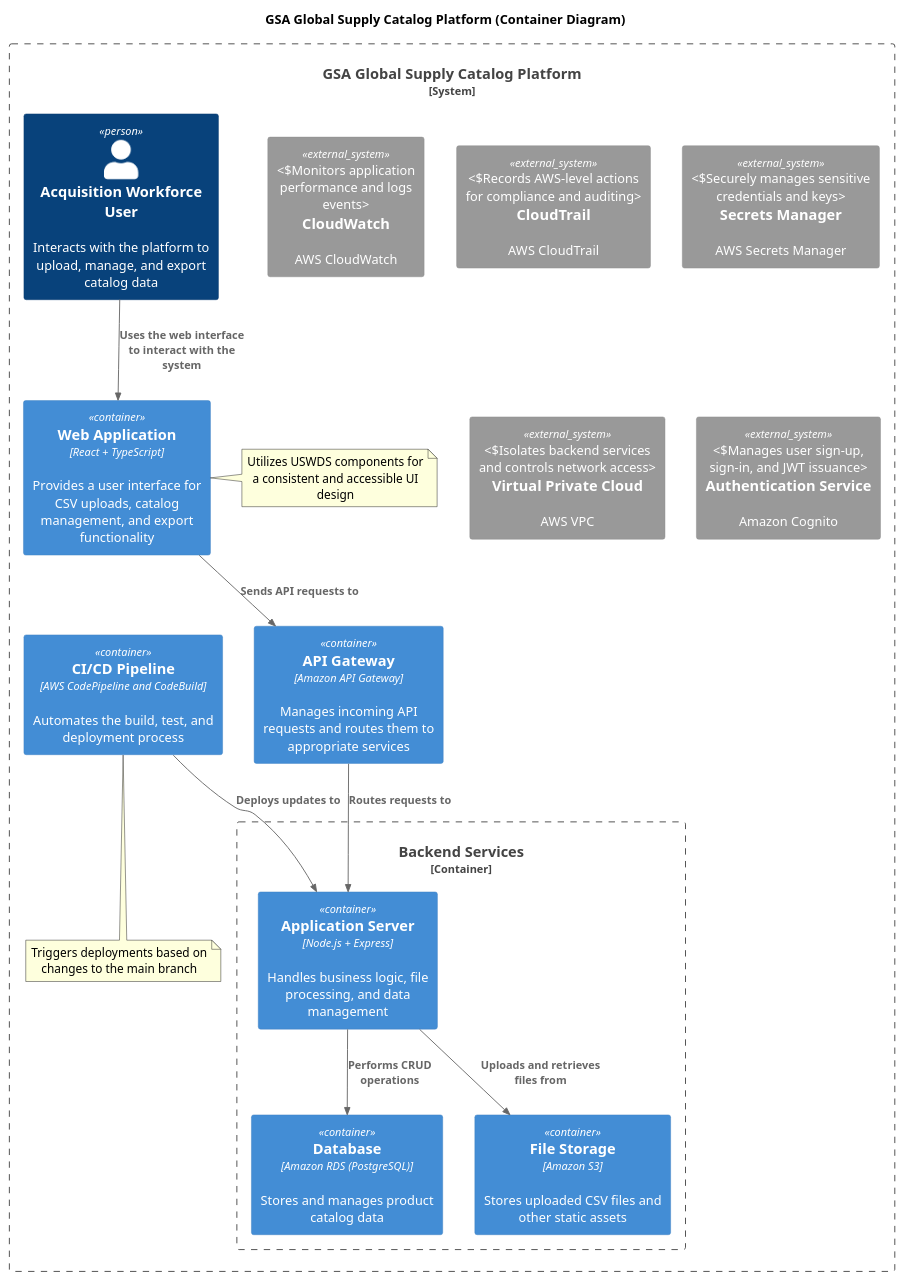
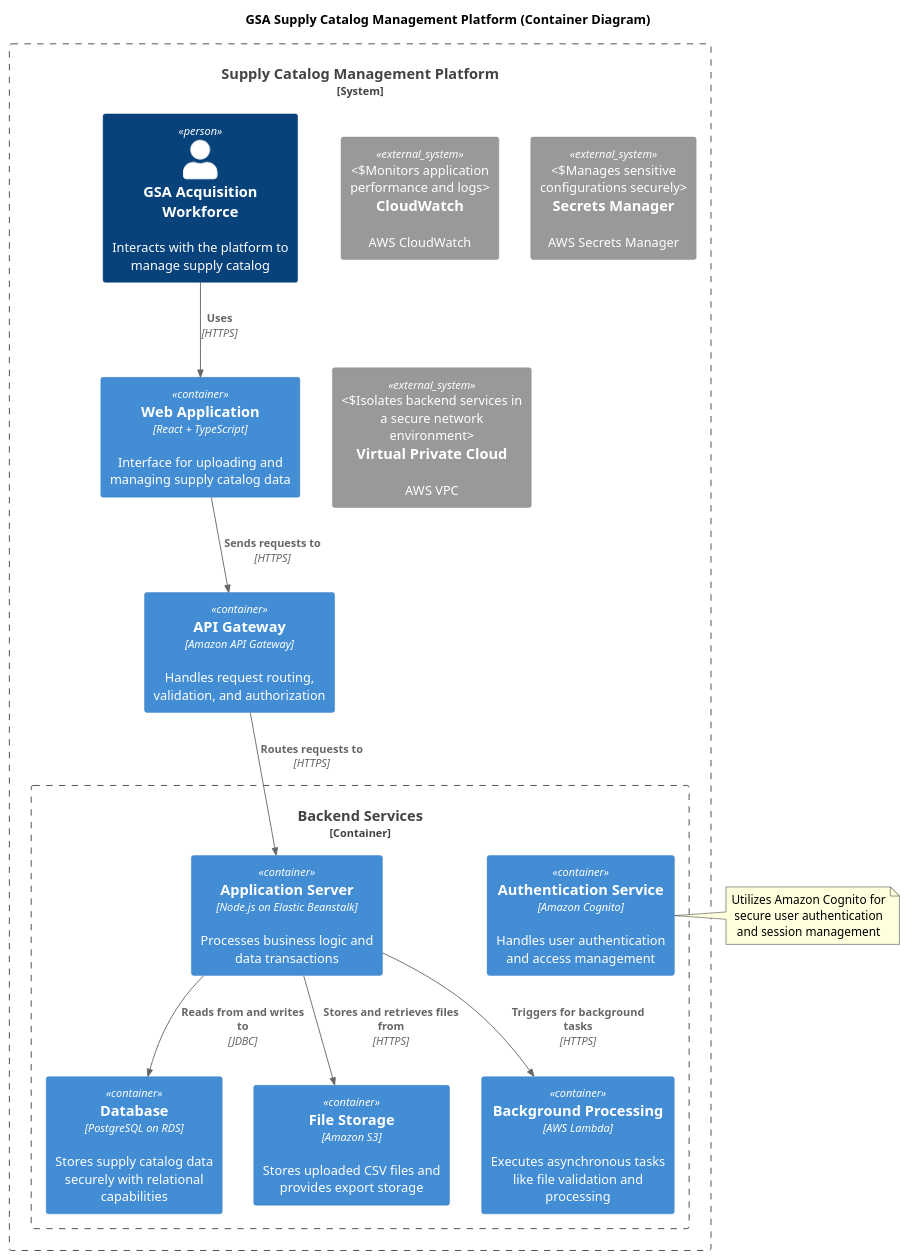
Before and after one commit to AathreyaG/reactai-starter: the diagram in solution.md, drawn with PlantUML. The commit also changed other lines of this file, not shown here.

````diff
--- a/solution.md
+++ b/solution.md
@@ -3,43 +1,51 @@
+```plantuml
 @startuml
 !includeurl https://raw.githubusercontent.com/plantuml-stdlib/C4-PlantUML/master/C4_Container.puml
 
-title GSA Global Supply Catalog Platform (Container Diagram)
+' Title
+title GSA Supply Catalog Management Platform (Container Diagram)
 
-System_Boundary(GSA_Boundary, "GSA Global Supply Catalog Platform") {
+' Define the system
+System_Boundary(GSA_Boundary, "Supply Catalog Management Platform") {
 
-    Person(user, "Acquisition Workforce User", "Interacts with the platform to upload, manage, and export catalog data")
+    ' Users
+    Person(user, "GSA Acquisition Workforce", "Interacts with the platform to manage supply catalog")
 
-    Container(webApp, "Web Application", "React + TypeScript", "Provides a user interface for CSV uploads, catalog management, and export functionality")
-    Container(apiGateway, "API Gateway", "Amazon API Gateway", "Manages incoming API requests and routes them to appropriate services")
+    ' Frontend Application
+    Container(webApp, "Web Application", "React + TypeScript", "Interface for uploading and managing supply catalog data")
 
+    ' API Gateway
+    Container(apiGateway, "API Gateway", "Amazon API Gateway", "Handles request routing, validation, and authorization")
+
+    ' Core Backend Services
     Container_Boundary(Backend, "Backend Services") {
-        Container(appServer, "Application Server", "Node.js + Express", "Handles business logic, file processing, and data management")
-        Container(database, "Database", "Amazon RDS (PostgreSQL)", "Stores and manages product catalog data")
-        Container(fileStorage, "File Storage", "Amazon S3", "Stores uploaded CSV files and other static assets")
+        Container(appNode, "Application Server", "Node.js on Elastic Beanstalk", "Processes business logic and data transactions")
+        Container(authService, "Authentication Service", "Amazon Cognito", "Handles user authentication and access management")
+        Container(database, "Database", "PostgreSQL on RDS", "Stores supply catalog data securely with relational capabilities")
+        Container(fileStorage, "File Storage", "Amazon S3", "Stores uploaded CSV files and provides export storage")
+        Container(lambda, "Background Processing", "AWS Lambda", "Executes asynchronous tasks like file validation and processing")
     }
 
-    System_Ext(cloudwatch, "CloudWatch", "AWS CloudWatch", "Monitors application performance and logs events")
-    System_Ext(cloudtrail, "CloudTrail", "AWS CloudTrail", "Records AWS-level actions for compliance and auditing")
-    System_Ext(secretsManager, "Secrets Manager", "AWS Secrets Manager", "Securely manages sensitive credentials and keys")
-    System_Ext(vpc, "Virtual Private Cloud", "AWS VPC", "Isolates backend services and controls network access")
-    System_Ext(authService, "Authentication Service", "Amazon Cognito", "Manages user sign-up, sign-in, and JWT issuance")
+    ' Monitoring and Security
+    System_Ext(cloudwatch, "CloudWatch", "AWS CloudWatch", "Monitors application performance and logs")
+    System_Ext(secretsManager, "Secrets Manager", "AWS Secrets Manager", "Manages sensitive configurations securely")
+    System_Ext(vpc, "Virtual Private Cloud", "AWS VPC", "Isolates backend services in a secure network environment")
 
-    Container(ciCdPipeline, "CI/CD Pipeline", "AWS CodePipeline and CodeBuild", "Automates the build, test, and deployment process")
-
-    Rel(user, webApp, "Uses the web interface to interact with the system")
-    Rel(webApp, apiGateway, "Sends API requests to")
-    Rel(apiGateway, appServer, "Routes requests to")
-    Rel(appServer, database, "Performs CRUD operations")
-    Rel(appServer, fileStorage, "Uploads and retrieves files from")
-    Rel(ciCdPipeline, appServer, "Deploys updates to")
-
-    note right of webApp
-    Utilizes USWDS components for a consistent and accessible UI design
-    end note
-
-    note bottom of ciCdPipeline
-    Triggers deployments based on changes to the main branch
-    end note
+    ' Relationships and Flows
+    Rel(user, webApp, "Uses", "HTTPS")
+    Rel(webApp, apiGateway, "Sends requests to", "HTTPS")
+    Rel(apiGateway, appNode, "Routes requests to", "HTTPS")
+    Rel(appNode, database, "Reads from and writes to", "JDBC")
+    Rel(appNode, fileStorage, "Stores and retrieves files from", "HTTPS")
+    Rel(appNode, lambda, "Triggers for background tasks", "HTTPS")
 }
 
+' Notes
+note right of authService
+Utilizes Amazon Cognito for
+secure user authentication
+and session management
+end note
+
 @enduml
+```
````
